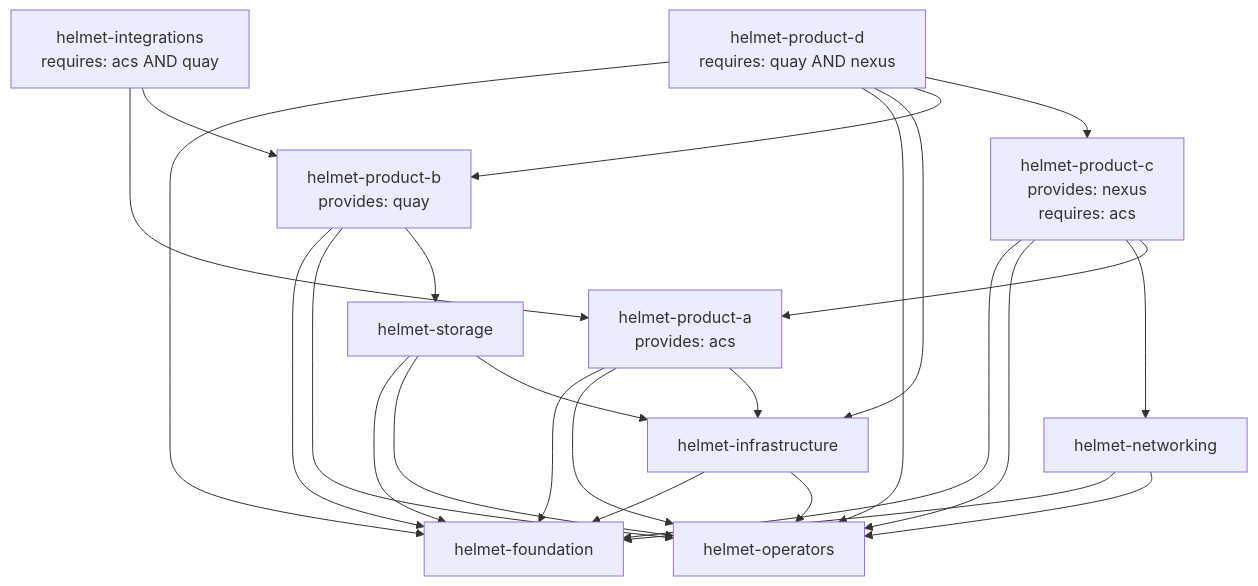
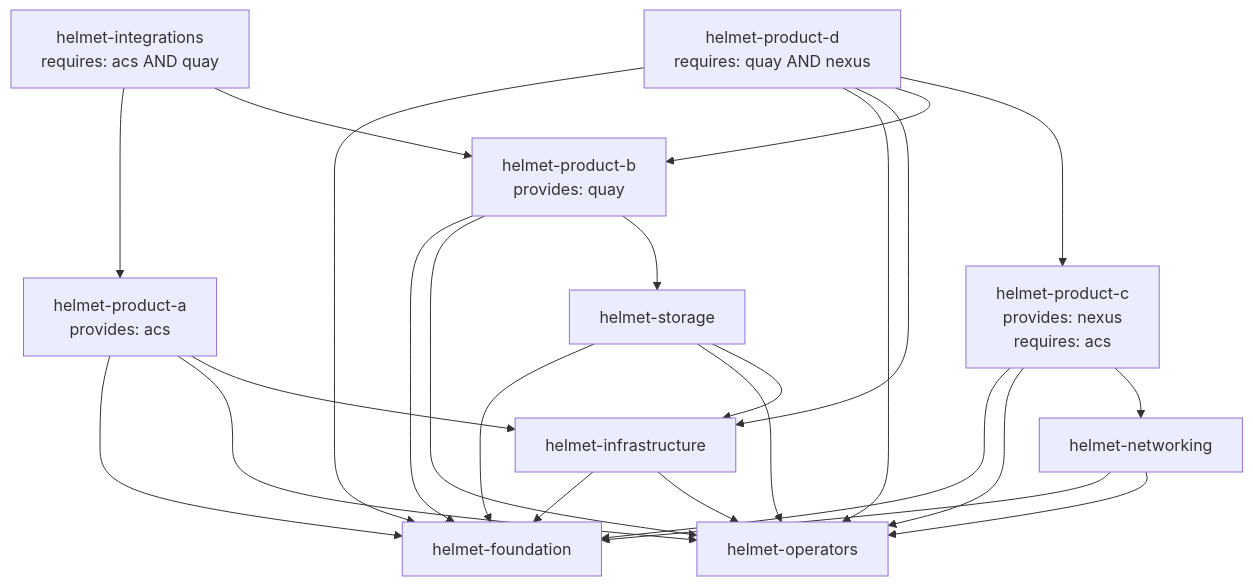
Before and after one commit to redhat-appstudio/helmet: the diagram in docs/example-charts.md, drawn with Mermaid. The commit also changed other lines of this file and 4 other files, not shown here.

````diff
--- a/docs/example-charts.md
+++ b/docs/example-charts.md
@@ -28,22 +28,22 @@
 ```mermaid
 flowchart TD
     foundation[helmet-foundation]
     operators[helmet-operators]
     infra[helmet-infrastructure]
     storage[helmet-storage]
     networking[helmet-networking]
     prodA["helmet-product-a<br/>provides: acs"]
     prodB["helmet-product-b<br/>provides: quay"]
     prodC["helmet-product-c<br/>provides: nexus<br/>requires: acs"]
     prodD["helmet-product-d<br/>requires: quay AND nexus"]
     integrations["helmet-integrations<br/>requires: acs AND quay"]
 
     infra --> foundation & operators
     storage --> foundation & operators & infra
     networking --> foundation & operators
     prodA --> foundation & operators & infra
     prodB --> foundation & operators & storage
-    prodC --> foundation & operators & networking & prodA
+    prodC --> foundation & operators & networking
     prodD --> foundation & operators & infra & prodB & prodC
     integrations --> prodA & prodB
 ```
````
